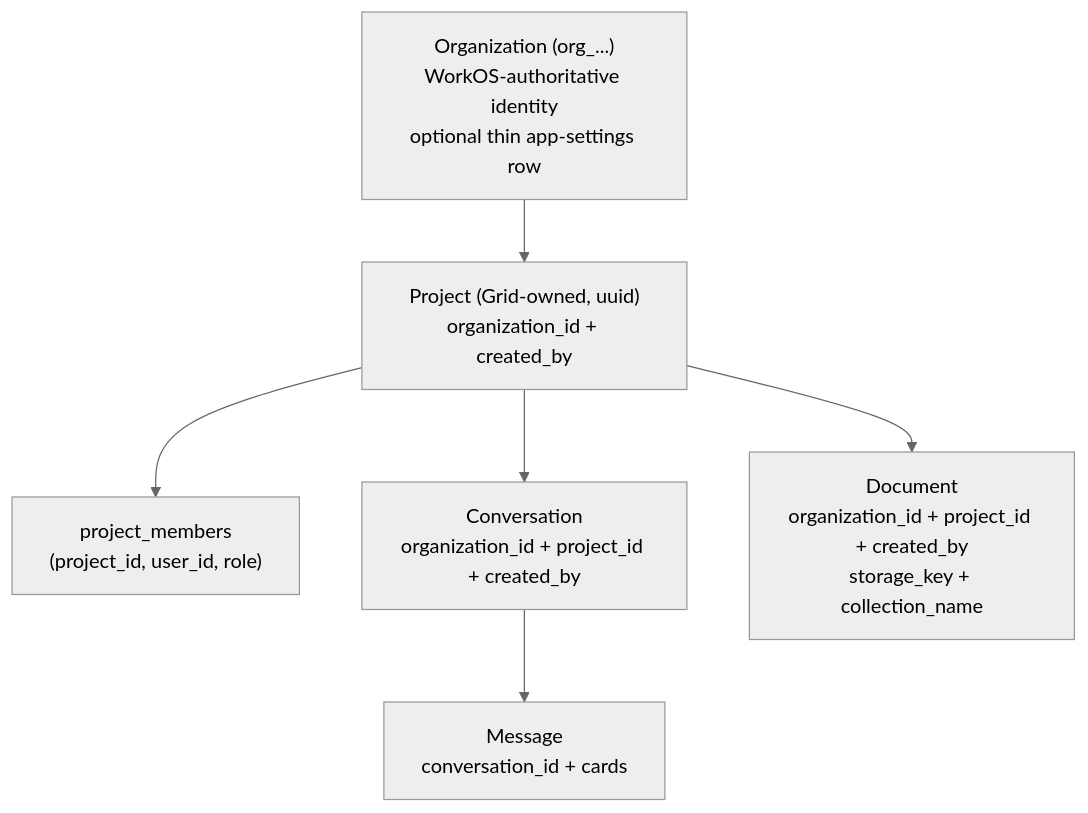
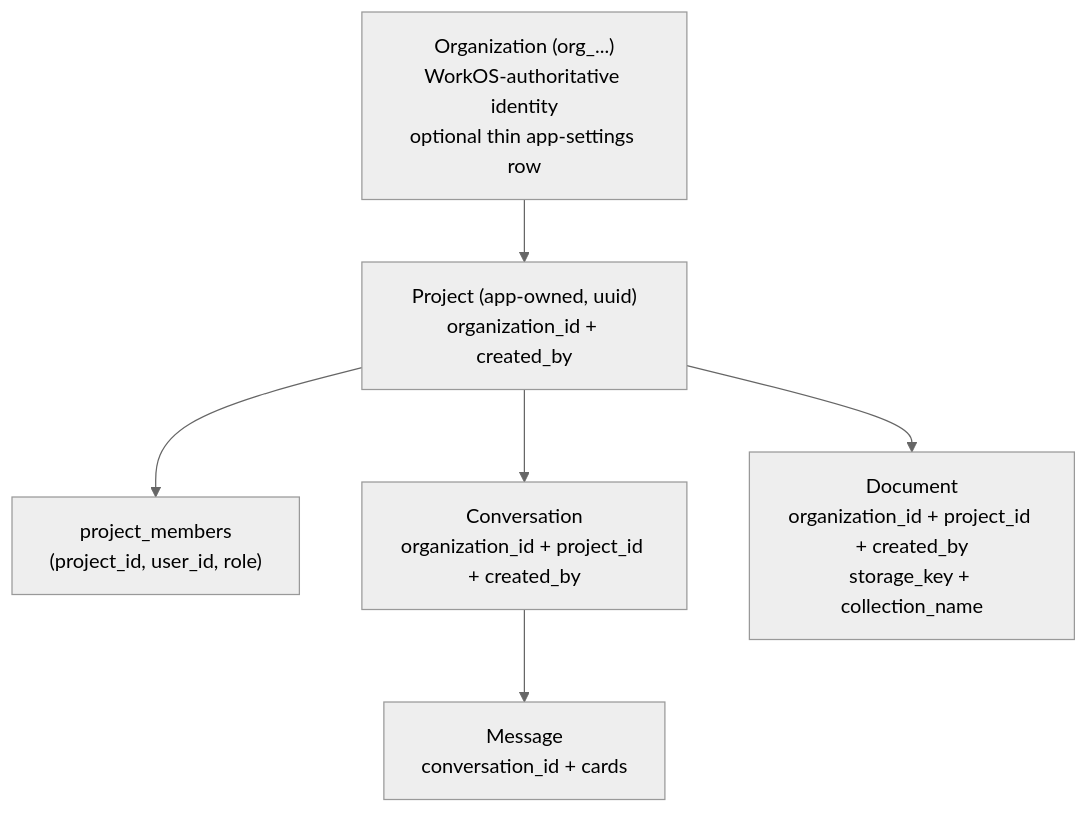
Before and after one commit to GRID-check/archos: the sixth of 15 diagrams in docs/architecture/multitenancy-and-auth-spec.md, drawn with Mermaid (neutral theme). The commit also changed other lines of this file and 97 other files, not shown here.

````diff
--- a/docs/architecture/multitenancy-and-auth-spec.md
+++ b/docs/architecture/multitenancy-and-auth-spec.md
@@ -335,15 +335,15 @@
 ```mermaid
 flowchart TD
     Org["Organization (org_...)<br/>WorkOS-authoritative identity<br/>optional thin app-settings row"]
-    Proj["Project (Grid-owned, uuid)<br/>organization_id + created_by"]
+    Proj["Project (app-owned, uuid)<br/>organization_id + created_by"]
     PM["project_members<br/>(project_id, user_id, role)"]
     Conv["Conversation<br/>organization_id + project_id + created_by"]
     Doc["Document<br/>organization_id + project_id + created_by<br/>storage_key + collection_name"]
     Msg["Message<br/>conversation_id + cards"]
 
     Org --> Proj
     Proj --> PM
     Proj --> Conv
     Proj --> Doc
     Conv --> Msg
 ```
````
